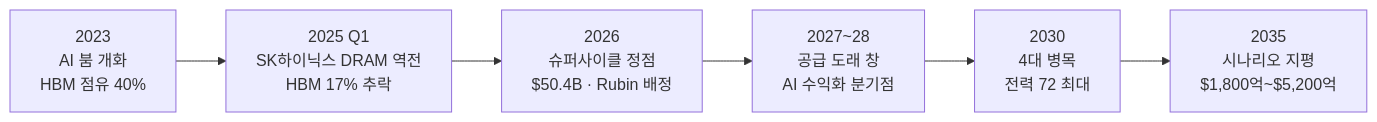
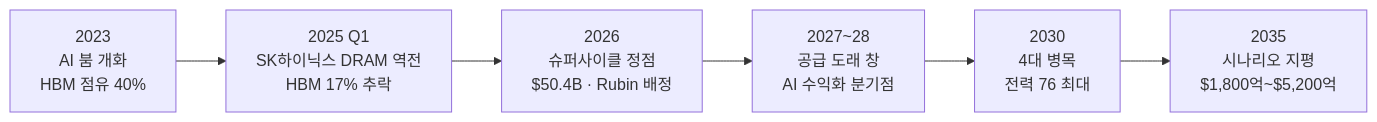
One commit to k31001/action-learning changed the second of 2 diagrams in wiki/storyline/storyline.md. Above: the diagram before and after it, drawn with Mermaid. The commit also changed other lines of this file and 22 other files, not shown here.

````diff
--- a/wiki/storyline/storyline.md
+++ b/wiki/storyline/storyline.md
@@ -31,8 +31,8 @@
 ```mermaid
 flowchart LR
     Y2023["2023<br/>AI 붐 개화<br/>HBM 점유 40%"] --> Y2025["2025 Q1<br/>SK하이닉스 DRAM 역전<br/>HBM 17% 추락"]
     Y2025 --> Y2026["2026<br/>슈퍼사이클 정점<br/>$50.4B · Rubin 배정"]
     Y2026 --> Y2027["2027~28<br/>공급 도래 창<br/>AI 수익화 분기점"]
-    Y2027 --> Y2030["2030<br/>4대 병목<br/>전력 72 최대"]
+    Y2027 --> Y2030["2030<br/>4대 병목<br/>전력 76 최대"]
     Y2030 --> Y2035["2035<br/>시나리오 지평<br/>$1,800억~$5,200억"]
 ```
````
